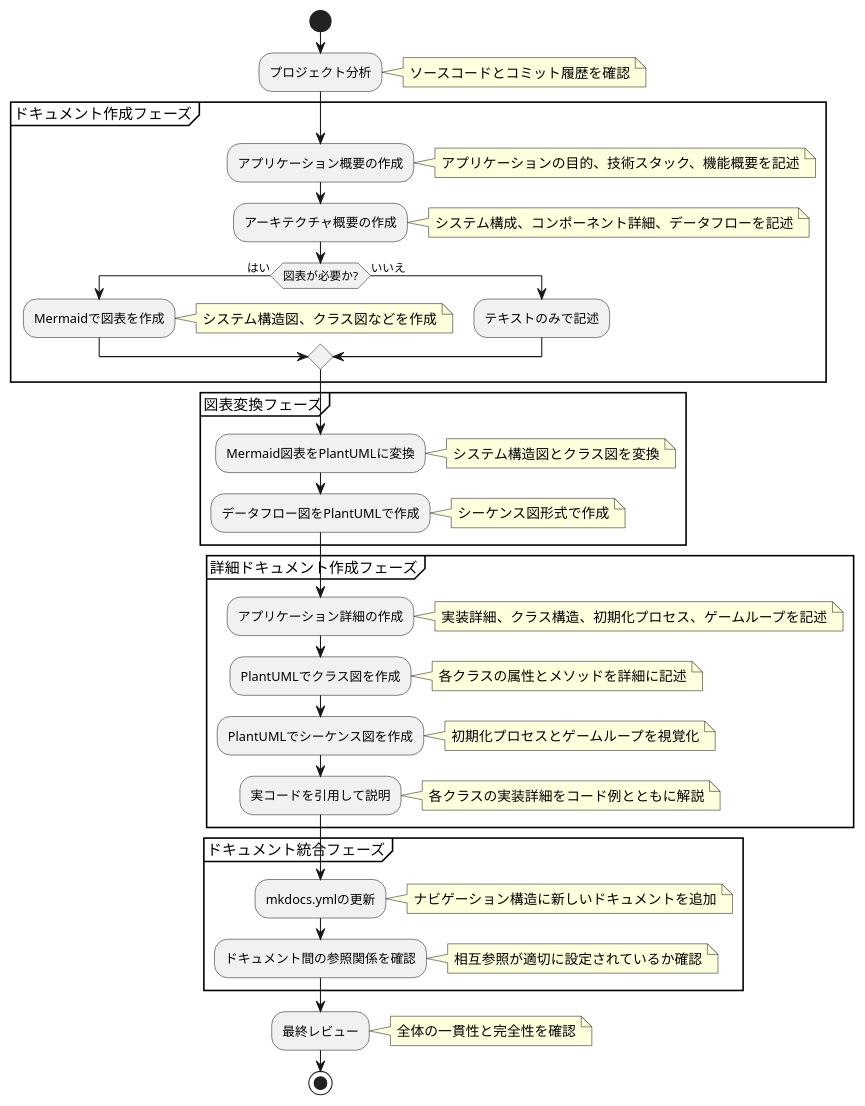
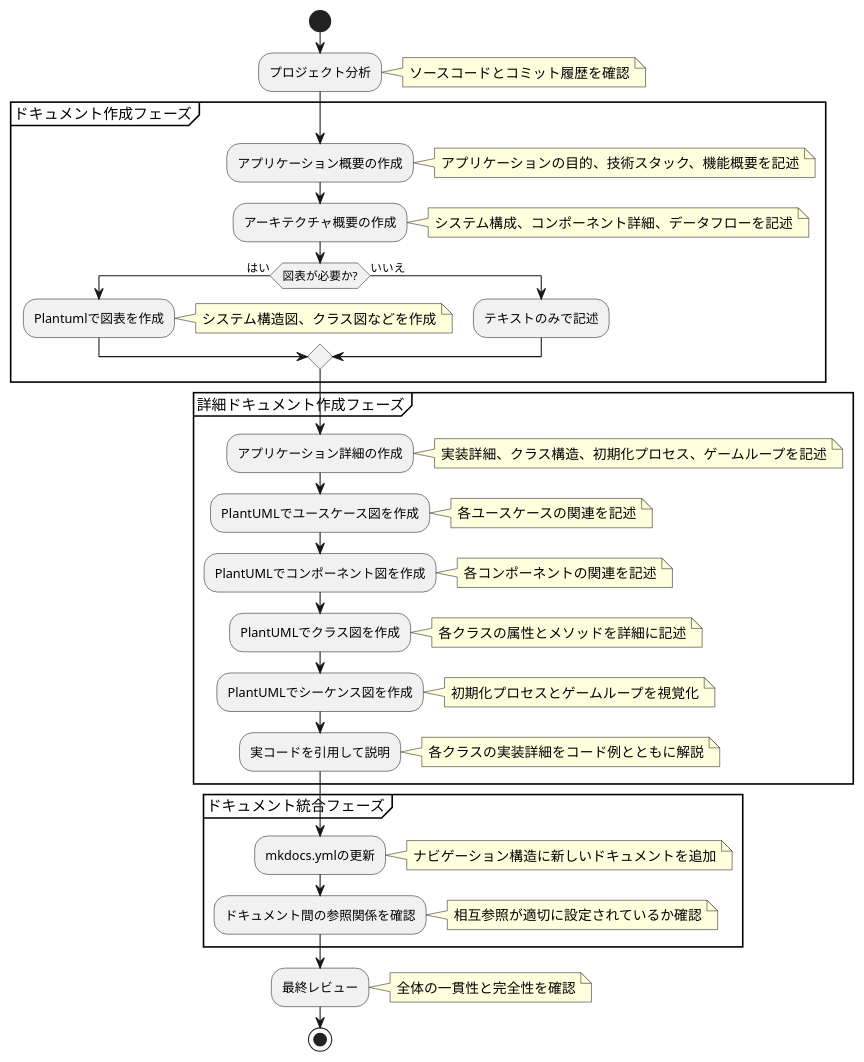
The first of 4 diagrams in .github/copilot-instructions.md (k2works/ai-programing-exercise), drawn with PlantUML before and after one commit.

Commit message:
chore: update copilot-instructions.md to replace Mermaid with PlantUML for diagram creation

````diff
--- a/.github/copilot-instructions.md
+++ b/.github/copilot-instructions.md
@@ -26,57 +26,55 @@
 ```plantuml
 @startuml
 start
 :プロジェクト分析;
 note right: ソースコードとコミット履歴を確認
 
 partition "ドキュメント作成フェーズ" {
   :アプリケーション概要の作成;
   note right: アプリケーションの目的、技術スタック、機能概要を記述
   
   :アーキテクチャ概要の作成;
   note right: システム構成、コンポーネント詳細、データフローを記述
   
   if (図表が必要か?) then (はい)
-    :Mermaidで図表を作成;
+    :Plantumlで図表を作成;
     note right: システム構造図、クラス図などを作成
   else (いいえ)
     :テキストのみで記述;
   endif
 }
 
-partition "図表変換フェーズ" {
-  :Mermaid図表をPlantUMLに変換;
-  note right: システム構造図とクラス図を変換
-  
-  :データフロー図をPlantUMLで作成;
-  note right: シーケンス図形式で作成
-}
-
 partition "詳細ドキュメント作成フェーズ" {
   :アプリケーション詳細の作成;
   note right: 実装詳細、クラス構造、初期化プロセス、ゲームループを記述
+  
+  :PlantUMLでユースケース図を作成;
+  note right: 各ユースケースの関連を記述
+  
+  :PlantUMLでコンポーネント図を作成;
+  note right: 各コンポーネントの関連を記述
   
   :PlantUMLでクラス図を作成;
   note right: 各クラスの属性とメソッドを詳細に記述
   
   :PlantUMLでシーケンス図を作成;
   note right: 初期化プロセスとゲームループを視覚化
   
   :実コードを引用して説明;
   note right: 各クラスの実装詳細をコード例とともに解説
 }
 
 partition "ドキュメント統合フェーズ" {
   :mkdocs.ymlの更新;
   note right: ナビゲーション構造に新しいドキュメントを追加
   
   :ドキュメント間の参照関係を確認;
   note right: 相互参照が適切に設定されているか確認
 }
 
 :最終レビュー;
 note right: 全体の一貫性と完全性を確認
 
 stop
 @enduml
 ```
````
